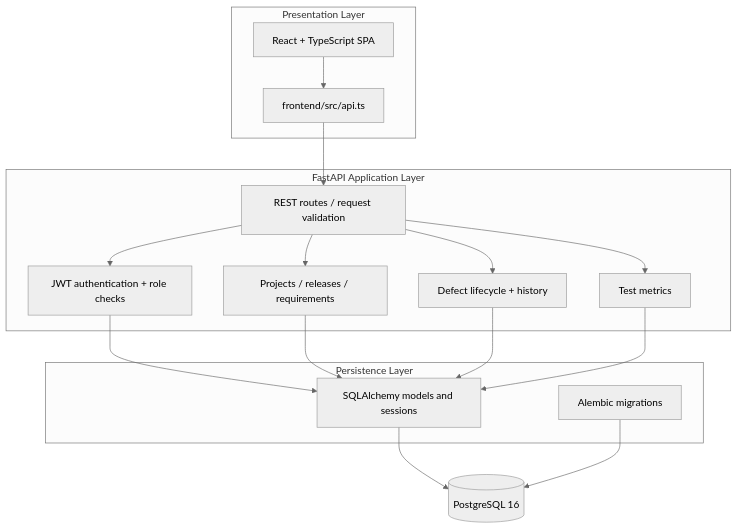
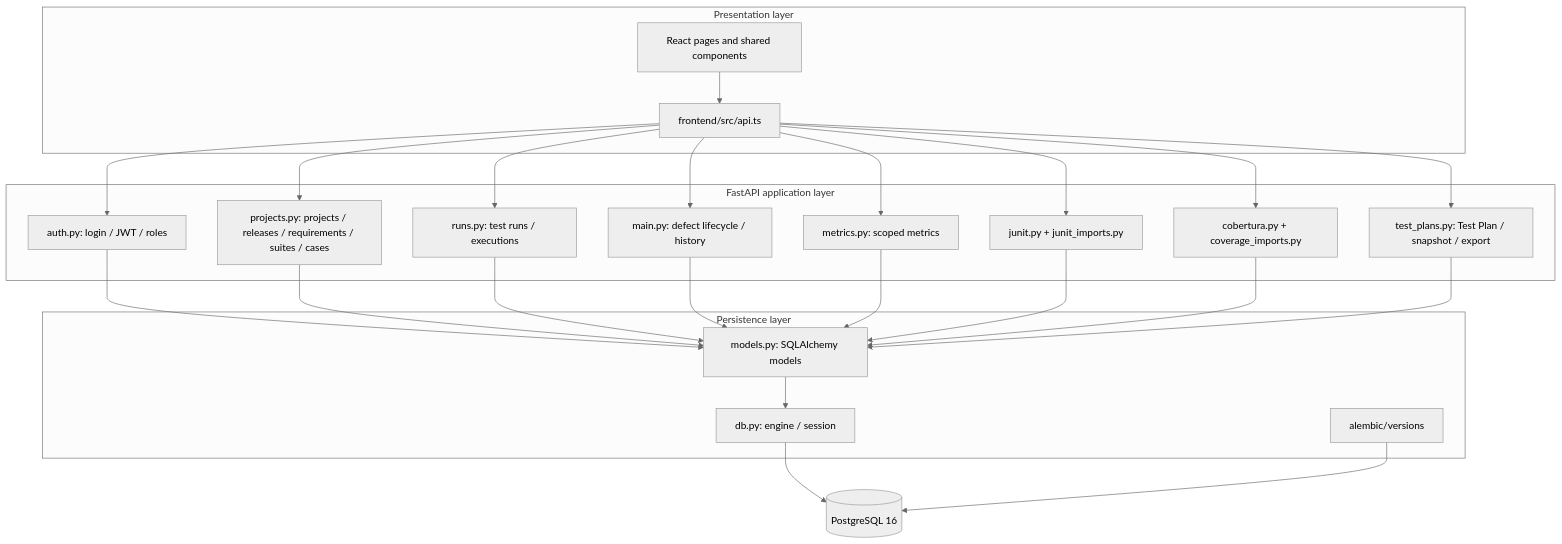
One commit to Aoreri/SEN0421 changed the second of 5 diagrams in docs/software-design-description.md. Above: the diagram before and after it, drawn with Mermaid (neutral theme). The commit also changed other lines of this file, not shown here.

````diff
--- a/docs/software-design-description.md
+++ b/docs/software-design-description.md
@@ -68,30 +63,42 @@
 ```mermaid
 flowchart TB
-    subgraph Presentation[Presentation Layer]
-        React[React + TypeScript SPA]
-        APIClient[frontend/src/api.ts]
-    end
-    subgraph Application[FastAPI Application Layer]
-        Routes[REST routes / request validation]
-        Auth[JWT authentication + role checks]
-        Catalog[Projects / releases / requirements]
-        Defects[Defect lifecycle + history]
-        Metrics[Test metrics]
-    end
-    subgraph Persistence[Persistence Layer]
-        ORM[SQLAlchemy models and sessions]
-        Migrations[Alembic migrations]
-    end
-    DB[(PostgreSQL 16)]
-    React --> APIClient --> Routes
-    Routes --> Auth
-    Routes --> Catalog
-    Routes --> Defects
-    Routes --> Metrics
-    Auth --> ORM
-    Catalog --> ORM
-    Defects --> ORM
-    Metrics --> ORM
-    ORM --> DB
-    Migrations --> DB
+  subgraph Presentation[Presentation layer]
+    React[React pages and shared components]
+    Client[frontend/src/api.ts]
+    React --> Client
+  end
+  subgraph Application[FastAPI application layer]
+    Auth[auth.py: login / JWT / roles]
+    Catalog[projects.py: projects / releases / requirements / suites / cases]
+    Runs[runs.py: test runs / executions]
+    Defects[main.py: defect lifecycle / history]
+    Metrics[metrics.py: scoped metrics]
+    JUnit[junit.py + junit_imports.py]
+    Coverage[cobertura.py + coverage_imports.py]
+    Plans[test_plans.py: Test Plan / snapshot / export]
+  end
+  subgraph Persistence[Persistence layer]
+    Models[models.py: SQLAlchemy models]
+    DB[db.py: engine / session]
+    Alembic[alembic/versions]
+  end
+  PostgreSQL[(PostgreSQL 16)]
+  Client --> Auth
+  Client --> Catalog
+  Client --> Runs
+  Client --> Defects
+  Client --> Metrics
+  Client --> JUnit
+  Client --> Coverage
+  Client --> Plans
+  Auth --> Models
+  Catalog --> Models
+  Runs --> Models
+  Defects --> Models
+  Metrics --> Models
+  JUnit --> Models
+  Coverage --> Models
+  Plans --> Models
+  Models --> DB --> PostgreSQL
+  Alembic --> PostgreSQL
 ```
````
